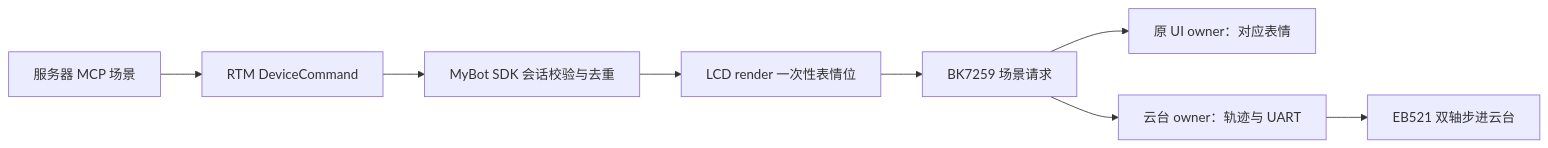
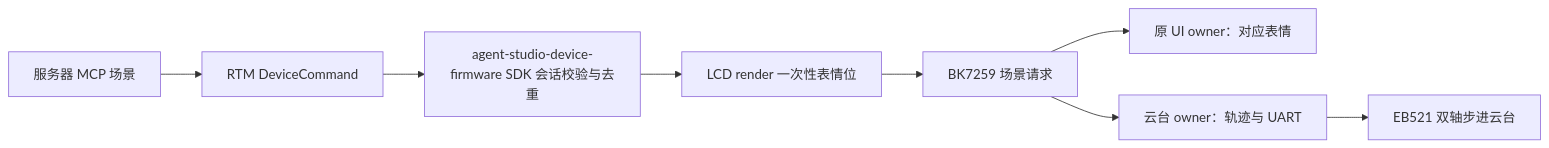
The diagram in docs/eb521-gimbal-plan.zh-CN.md (AgoraIO-Community/agora-r2-standard-devkit), drawn with Mermaid before and after one commit. The commit also changed other lines of this file and 3 other files, not shown here.

````diff
--- a/docs/eb521-gimbal-plan.zh-CN.md
+++ b/docs/eb521-gimbal-plan.zh-CN.md
@@ -22,10 +23,10 @@
 ```mermaid
 flowchart LR
     A[服务器 MCP 场景] --> B[RTM DeviceCommand]
-    B --> C[MyBot SDK 会话校验与去重]
+    B --> C[agent-studio-device-firmware SDK 会话校验与去重]
     C --> D[LCD render 一次性表情位]
     D --> E[BK7259 场景请求]
     E --> F[原 UI owner：对应表情]
     E --> G[云台 owner：轨迹与 UART]
     G --> H[EB521 双轴步进云台]
 ```
````
